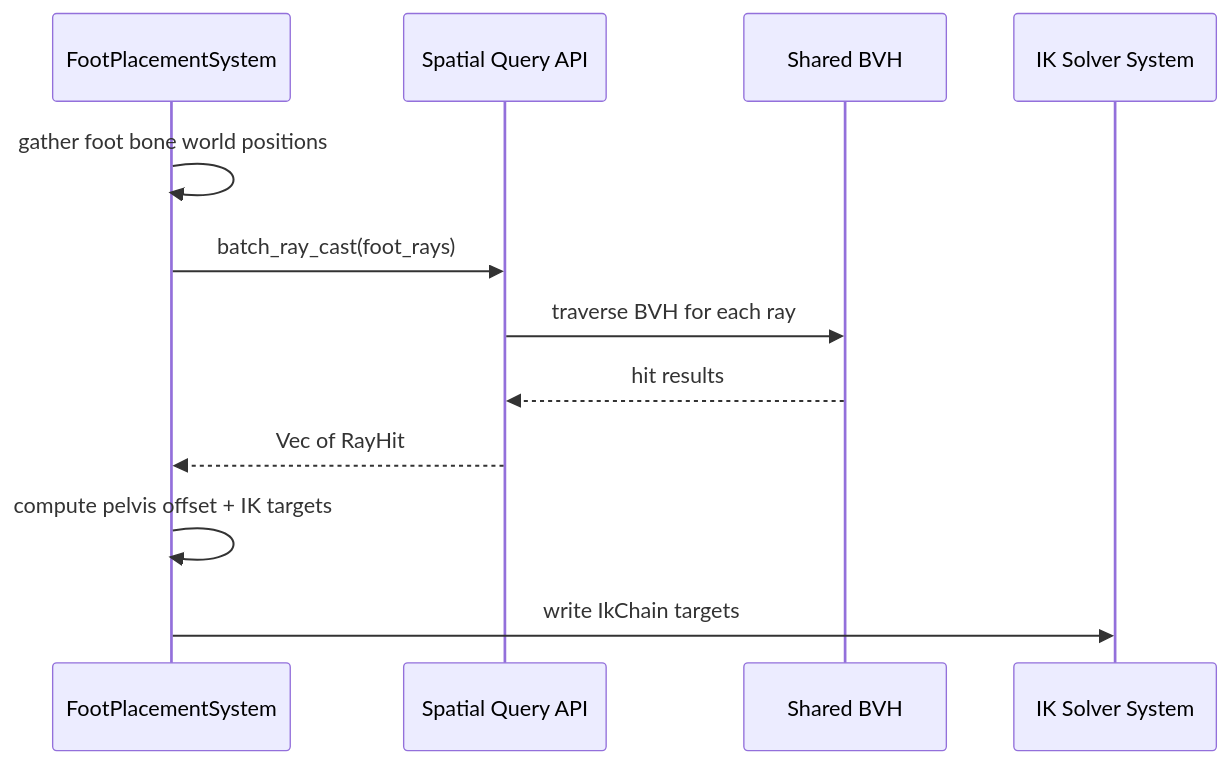
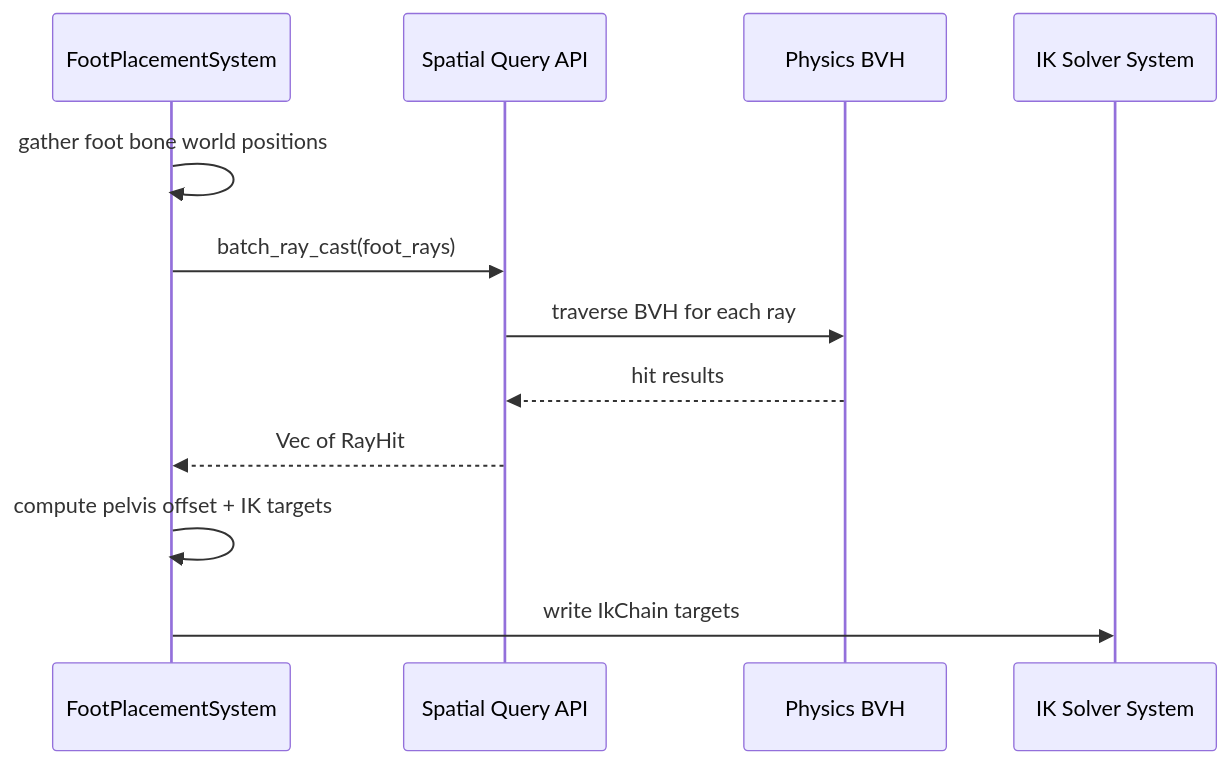
The ninth of 12 diagrams in docs/design/animation/procedural.md (harmonius-dev/harmonius), drawn with Mermaid before and after one commit. The commit also changed other lines of this file and 174 other files, not shown here.

````diff
--- a/docs/design/animation/procedural.md
+++ b/docs/design/animation/procedural.md
@@ -1671,15 +1785,15 @@
 ```mermaid
 sequenceDiagram
     participant FPS as FootPlacementSystem
     participant SQ as Spatial Query API
-    participant BVH as Shared BVH
+    participant BVH as Physics BVH
     participant IKS as IK Solver System
 
     FPS->>FPS: gather foot bone world positions
     FPS->>SQ: batch_ray_cast(foot_rays)
     SQ->>BVH: traverse BVH for each ray
     BVH-->>SQ: hit results
     SQ-->>FPS: Vec of RayHit
     FPS->>FPS: compute pelvis offset + IK targets
     FPS->>IKS: write IkChain targets
 ```
````
